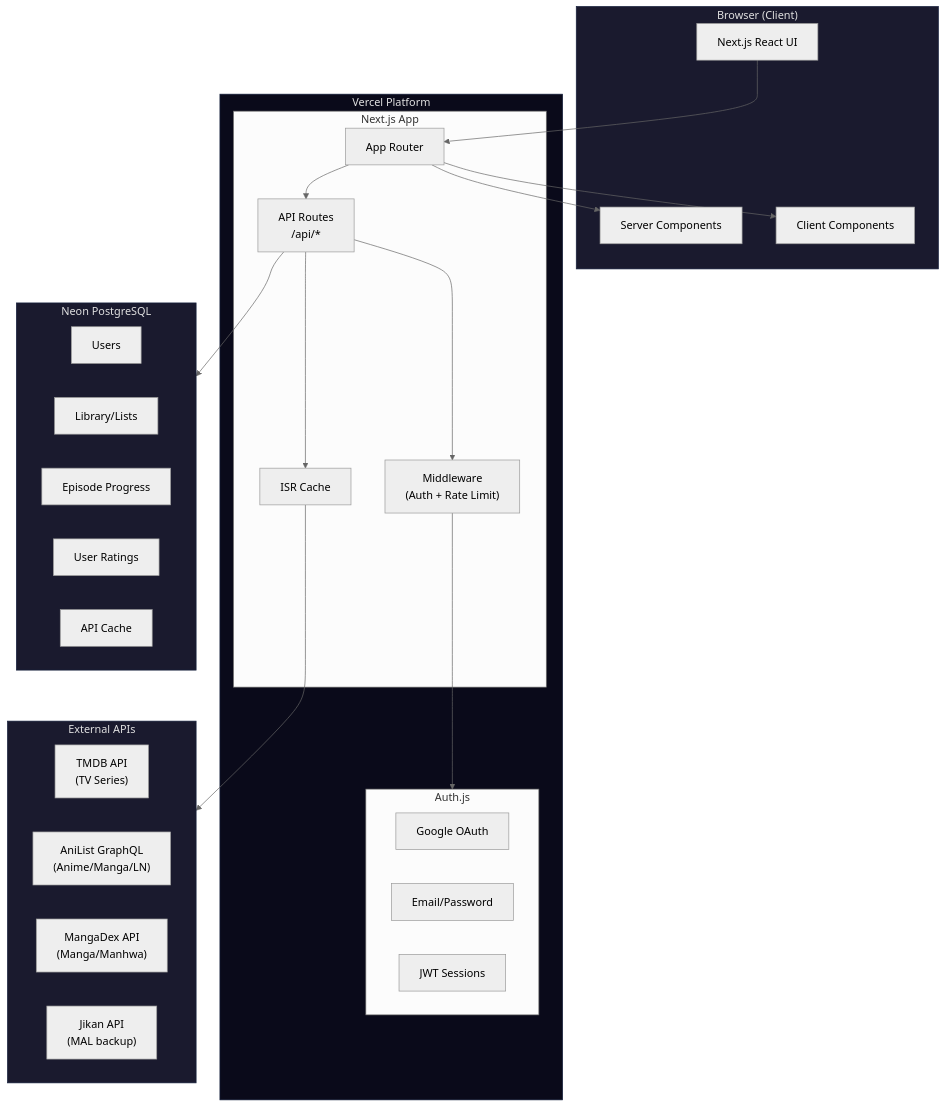
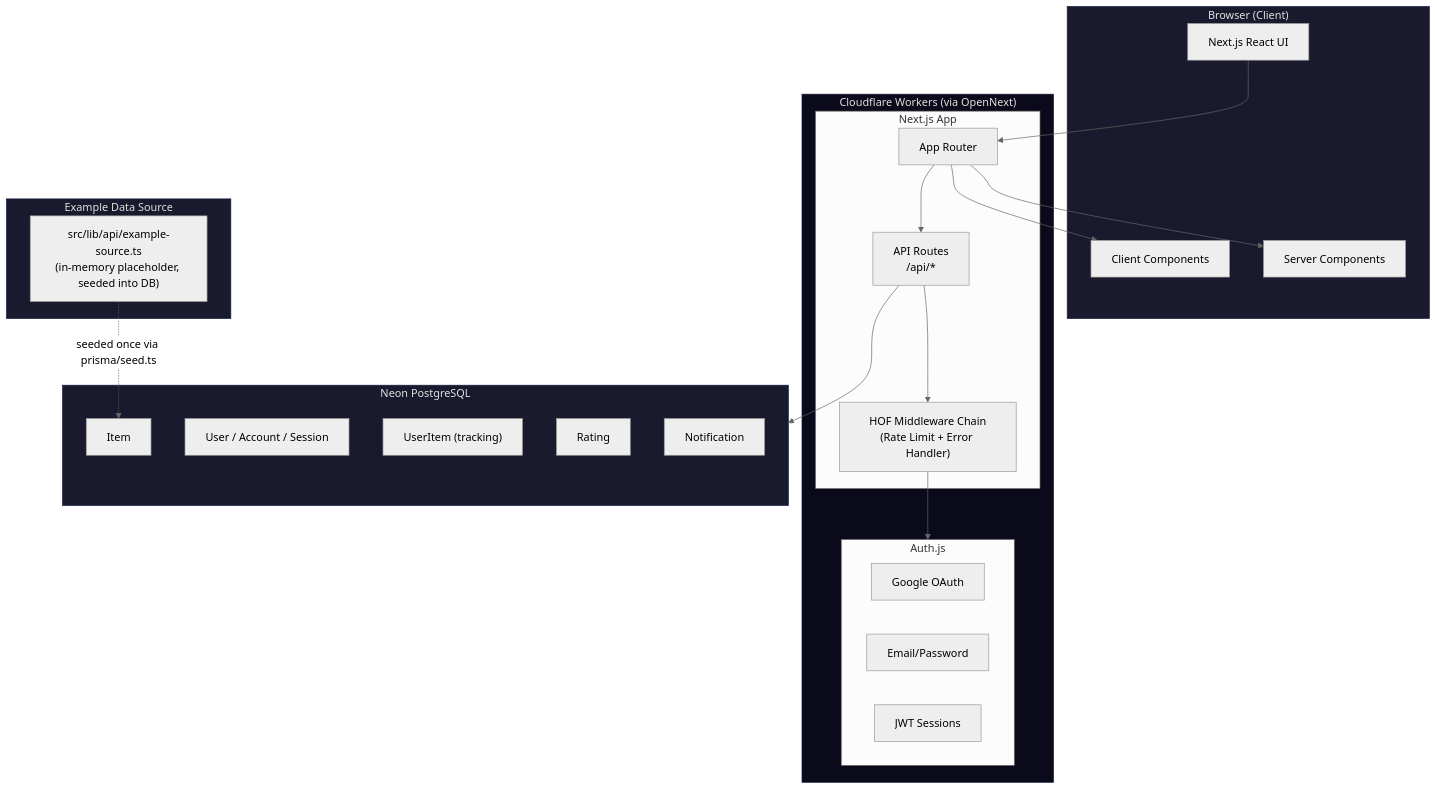
The first of 3 diagrams in docs/architecture.md (Efecancngz/nextrack), drawn with Mermaid (neutral theme) before and after one commit. The commit also changed other lines of this file, not shown here.

Commit message:
docs: rewrite architecture.md to describe the real implemented architecture

````diff
--- a/docs/architecture.md
+++ b/docs/architecture.md
@@ -5,53 +5,48 @@
 ```mermaid
 graph TB
     subgraph Client["Browser (Client)"]
         UI["Next.js React UI"]
         SC["Server Components"]
         CC["Client Components"]
     end
 
-    subgraph Vercel["Vercel Platform"]
+    subgraph CFW["Cloudflare Workers (via OpenNext)"]
         subgraph NextJS["Next.js App"]
             AR["App Router"]
             API["API Routes<br/>/api/*"]
-            MW["Middleware<br/>(Auth + Rate Limit)"]
-            ISR["ISR Cache"]
+            MW["HOF Middleware Chain<br/>(Rate Limit + Error Handler)"]
         end
-        
+
         subgraph Auth["Auth.js"]
             GO["Google OAuth"]
             EP["Email/Password"]
             JWT["JWT Sessions"]
         end
     end
 
-    subgraph External["External APIs"]
-        TMDB["TMDB API<br/>(TV Series)"]
-        AL["AniList GraphQL<br/>(Anime/Manga/LN)"]
-        MD["MangaDex API<br/>(Manga/Manhwa)"]
-        JK["Jikan API<br/>(MAL backup)"]
+    subgraph ExampleSource["Example Data Source"]
+        ES["src/lib/api/example-source.ts<br/>(in-memory placeholder, seeded into DB)"]
     end
 
     subgraph Database["Neon PostgreSQL"]
-        Users["Users"]
-        Library["Library/Lists"]
-        Progress["Episode Progress"]
-        Ratings["User Ratings"]
-        Cache["API Cache"]
+        Users["User / Account / Session"]
+        Items["Item"]
+        UserItems["UserItem (tracking)"]
+        Ratings["Rating"]
+        Notifications["Notification"]
     end
 
     UI --> AR
     AR --> SC
     AR --> CC
     AR --> API
     API --> MW
     MW --> Auth
-    API --> ISR
-    ISR --> External
     API --> Database
+    ES -.->|"seeded once via prisma/seed.ts"| Items
 
     style Client fill:#1a1a2e,stroke:#16213e,color:#e0e0e0
-    style Vercel fill:#0a0a1a,stroke:#16213e,color:#e0e0e0
-    style External fill:#1a1a2e,stroke:#16213e,color:#e0e0e0
+    style CFW fill:#0a0a1a,stroke:#16213e,color:#e0e0e0
+    style ExampleSource fill:#1a1a2e,stroke:#16213e,color:#e0e0e0
     style Database fill:#1a1a2e,stroke:#16213e,color:#e0e0e0
 ```
````
